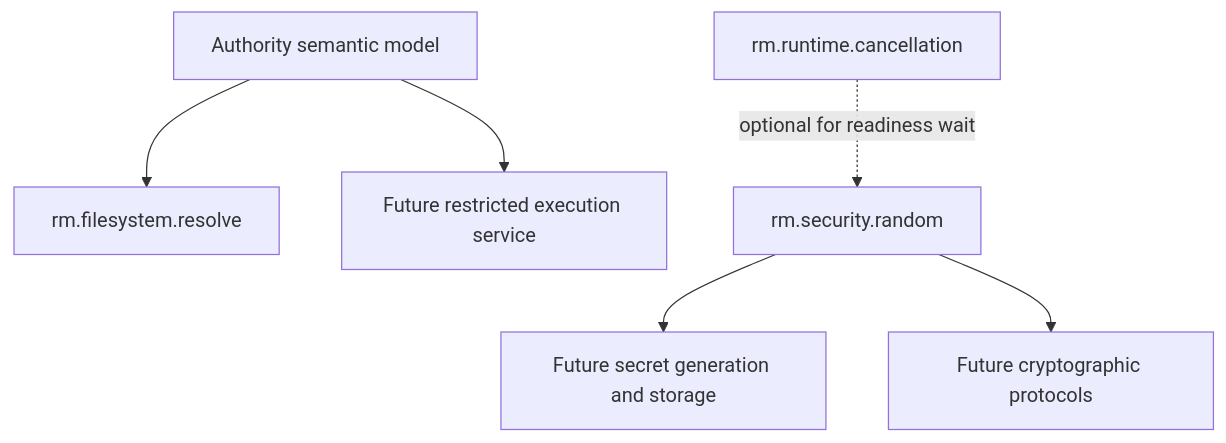
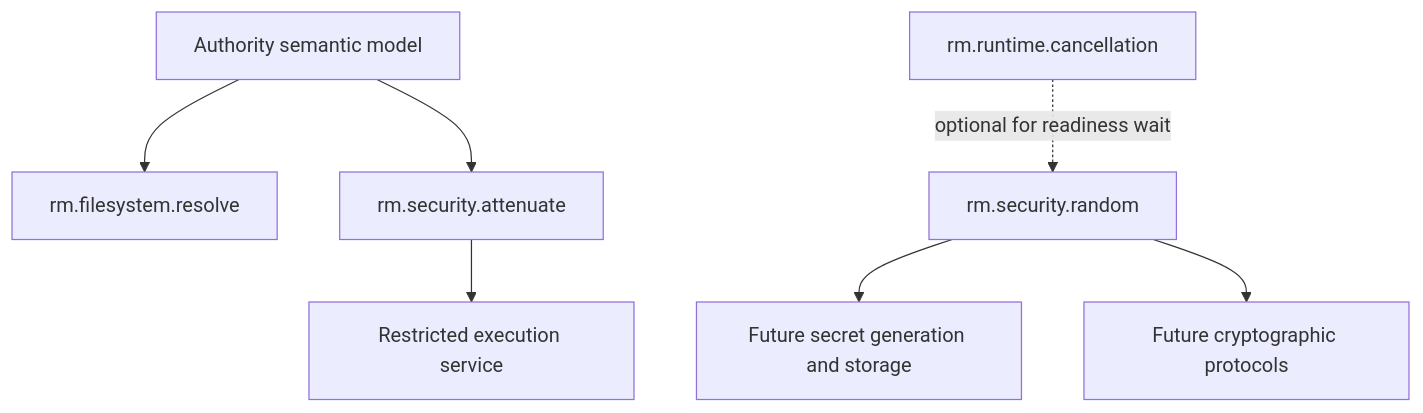
The second of 2 diagrams in docs/02-capabilities/security/README.md (Rusty-Mill/rusty_foundation_akb), drawn with Mermaid before and after one commit. The commit also changed other lines of this file and 8 other files, not shown here.

Commit message:
Specify authority delegation and restricted execution

````diff
--- a/docs/02-capabilities/security/README.md
+++ b/docs/02-capabilities/security/README.md
@@ -45,9 +45,10 @@
 ```mermaid
 flowchart TD
     Model["Authority semantic model"] --> Resolve["rm.filesystem.resolve"]
-    Model --> FutureIsolation["Future restricted execution service"]
+    Model --> Attenuate["rm.security.attenuate"]
+    Attenuate --> Isolation["Restricted execution service"]
     Random["rm.security.random"]
     Cancel["rm.runtime.cancellation"] -.->|"optional for readiness wait"| Random
     Random --> FutureSecrets["Future secret generation and storage"]
     Random --> FutureCrypto["Future cryptographic protocols"]
 ```
````
